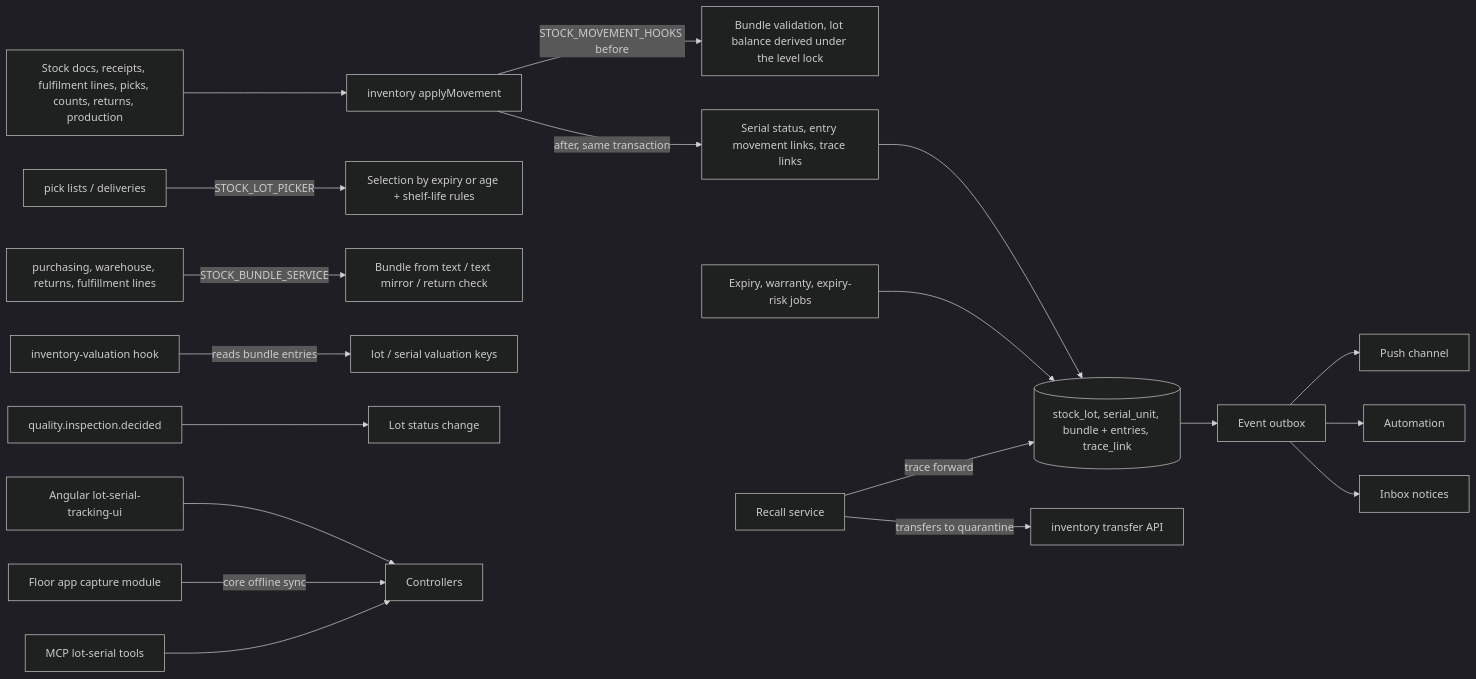
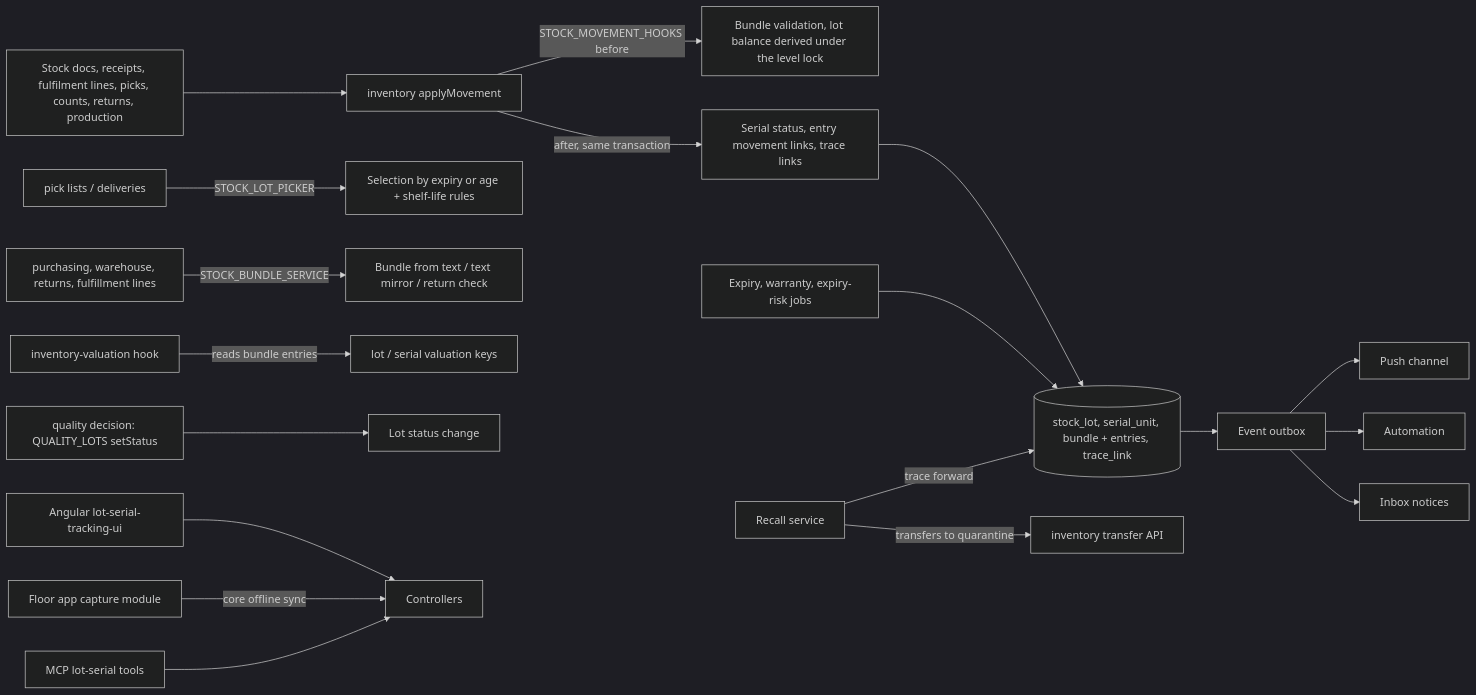
One commit to ever-co/ever-gauzy changed the diagram in docs/specs/features/serials-and-batches/plan.md. Above: the diagram before and after it, drawn with Mermaid (dark theme). The commit also changed other lines of this file and 205 other files, not shown here.

````diff
--- a/docs/specs/features/serials-and-batches/plan.md
+++ b/docs/specs/features/serials-and-batches/plan.md
@@ -34,18 +34,18 @@
 ```mermaid
 flowchart LR
     DOCS[Stock docs, receipts, fulfilment lines, picks, counts, returns, production] --> LVL[inventory applyMovement]
     LVL -->|STOCK_MOVEMENT_HOOKS before| VAL[Bundle validation, lot balance derived under the level lock]
     LVL -->|after, same transaction| UPD[Serial status, entry movement links, trace links]
     UPD --> DB[(stock_lot, serial_unit, bundle + entries, trace_link)]
     PICK[pick lists / deliveries] -->|STOCK_LOT_PICKER| SEL[Selection by expiry or age + shelf-life rules]
     OWN[purchasing, warehouse, returns, fulfillment lines] -->|STOCK_BUNDLE_SERVICE| MIR[Bundle from text / text mirror / return check]
     VALU[inventory-valuation hook] -->|reads bundle entries| KEYS[lot / serial valuation keys]
     JOBS[Expiry, warranty, expiry-risk jobs] --> DB
-    QUAL[quality.inspection.decided] --> ST[Lot status change]
+    QUAL[quality decision: QUALITY_LOTS setStatus] --> ST[Lot status change]
     RCL[Recall service] -->|trace forward| DB
     RCL -->|transfers to quarantine| INV[inventory transfer API]
     DB --> OUT[Event outbox] --> RT[Push channel] & AUTO[Automation] & INBOX[Inbox notices]
     UI[Angular lot-serial-tracking-ui] --> API[Controllers]
     FLOOR[Floor app capture module] -->|core offline sync| API
     MCP[MCP lot-serial tools] --> API
 ```
````
